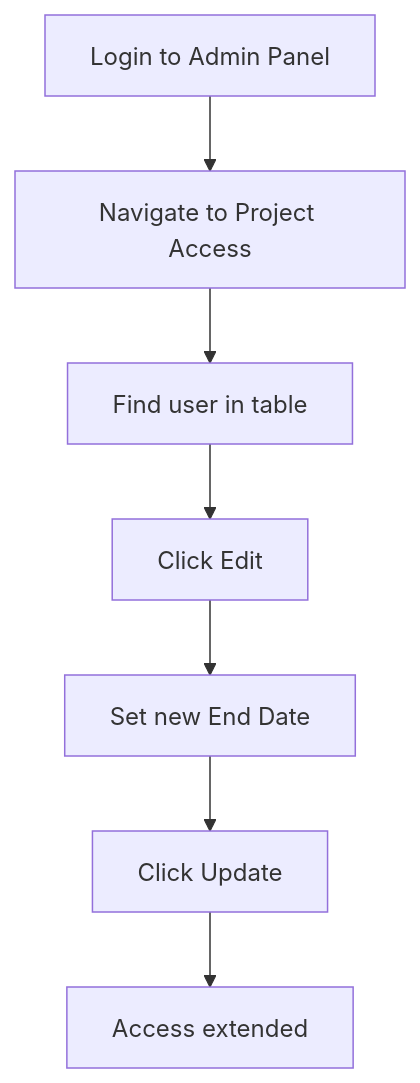
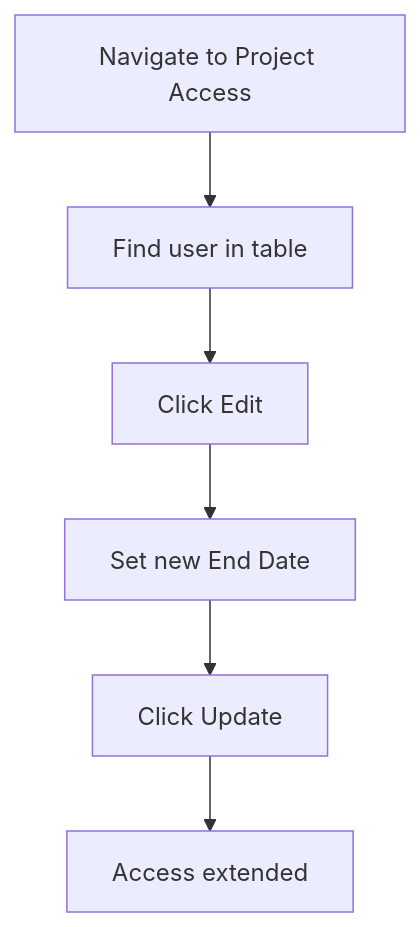
Before and after one commit to ColfaxResearch/cxpn-admin-readthedocs: the third of 7 diagrams in docs/source/workflow-examples.rst, drawn with Mermaid. The commit also changed other lines of this file, not shown here.

Commit message:
remove redundant login step from workflow diagrams

```diff
--- a/docs/source/workflow-examples.rst
+++ b/docs/source/workflow-examples.rst
@@ -53,9 +51,8 @@
 .. mermaid::
 
    graph TD
-       A[Login to Admin Panel] --> B[Navigate to Project Access]
-       B --> C[Find user in table]
-       C --> D[Click Edit]
-       D --> E[Set new End Date]
-       E --> F[Click Update]
-       F --> G[Access extended]
+       A[Navigate to Project Access] --> B[Find user in table]
+       B --> C[Click Edit]
+       C --> D[Set new End Date]
+       D --> E[Click Update]
+       E --> F[Access extended]
```
